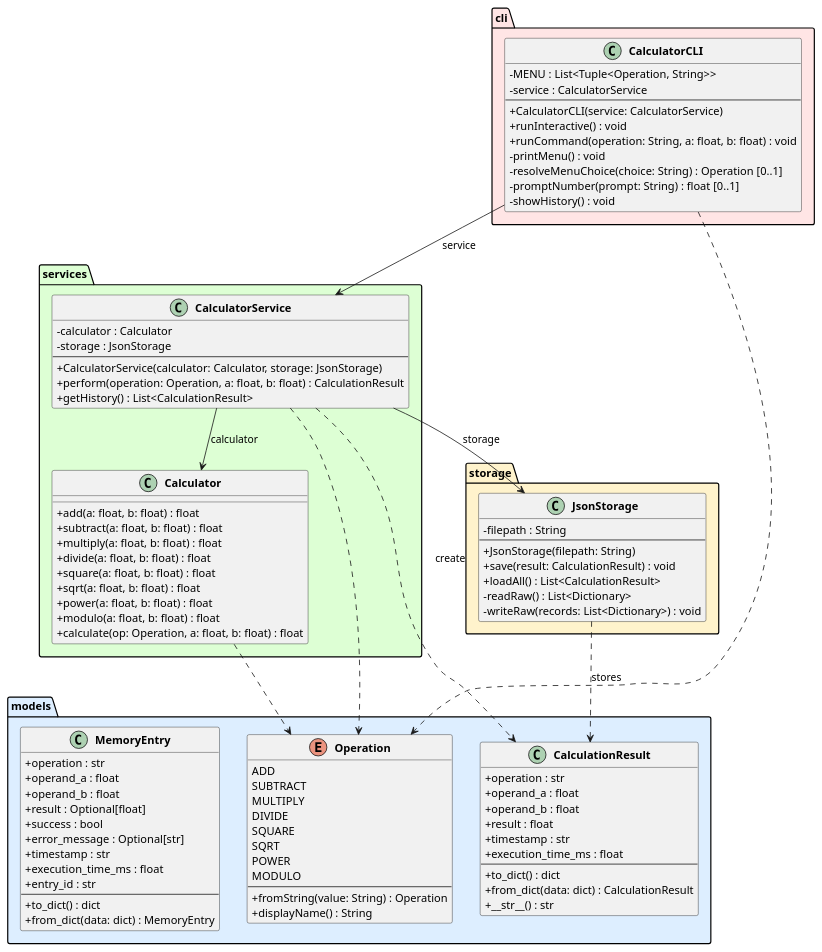
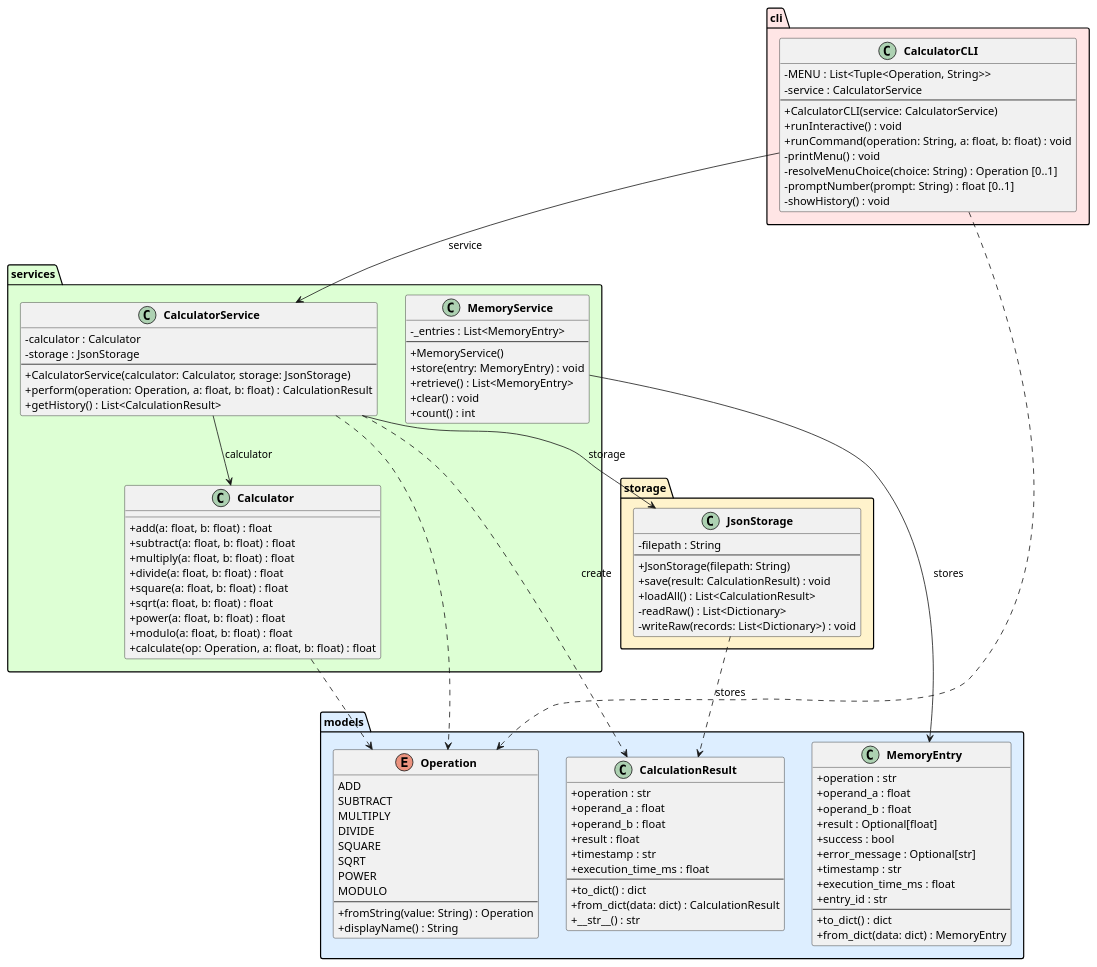
Before and after one commit to DanielRiha8906/Software_autoevolution_using_agents: the diagram in experiments/broadcast/user_stories/calculator/artifacts/class_diagram.puml, drawn with PlantUML. The commit also changed 1 other file, not shown here.

```diff
--- a/experiments/broadcast/user_stories/calculator/artifacts/class_diagram.puml
+++ b/experiments/broadcast/user_stories/calculator/artifacts/class_diagram.puml
@@ -1,110 +1,121 @@
 @startuml class_diagram
 
 skinparam classAttributeIconSize 0
 skinparam classFontStyle bold
 
 package "models" #DDEEFF {
     enum Operation {
         ADD
         SUBTRACT
         MULTIPLY
         DIVIDE
         SQUARE
         SQRT
         POWER
         MODULO
         --
         +fromString(value: String) : Operation
         +displayName() : String
     }
 
     class CalculationResult {
         +operation : str
         +operand_a : float
         +operand_b : float
         +result : float
         +timestamp : str
         +execution_time_ms : float
         --
         +to_dict() : dict
         +from_dict(data: dict) : CalculationResult
         +__str__() : str
     }
 
     class MemoryEntry {
         +operation : str
         +operand_a : float
         +operand_b : float
         +result : Optional[float]
         +success : bool
         +error_message : Optional[str]
         +timestamp : str
         +execution_time_ms : float
         +entry_id : str
         --
         +to_dict() : dict
         +from_dict(data: dict) : MemoryEntry
     }
 }
 
 package "services" #DDFFD4 {
     class Calculator {
         +add(a: float, b: float) : float
         +subtract(a: float, b: float) : float
         +multiply(a: float, b: float) : float
         +divide(a: float, b: float) : float
         +square(a: float, b: float) : float
         +sqrt(a: float, b: float) : float
         +power(a: float, b: float) : float
         +modulo(a: float, b: float) : float
         +calculate(op: Operation, a: float, b: float) : float
     }
 
     class CalculatorService {
         -calculator : Calculator
         -storage : JsonStorage
         --
         +CalculatorService(calculator: Calculator, storage: JsonStorage)
         +perform(operation: Operation, a: float, b: float) : CalculationResult
         +getHistory() : List<CalculationResult>
     }
+
+    class MemoryService {
+        -_entries : List<MemoryEntry>
+        --
+        +MemoryService()
+        +store(entry: MemoryEntry) : void
+        +retrieve() : List<MemoryEntry>
+        +clear() : void
+        +count() : int
+    }
 }
 
 package "storage" #FFF3CC {
     class JsonStorage {
         -filepath : String
         --
         +JsonStorage(filepath: String)
         +save(result: CalculationResult) : void
         +loadAll() : List<CalculationResult>
         -readRaw() : List<Dictionary>
         -writeRaw(records: List<Dictionary>) : void
     }
 }
 
 package "cli" #FFE5E5 {
     class CalculatorCLI {
         -MENU : List<Tuple<Operation, String>>
         -service : CalculatorService
         --
         +CalculatorCLI(service: CalculatorService)
         +runInteractive() : void
         +runCommand(operation: String, a: float, b: float) : void
         -printMenu() : void
         -resolveMenuChoice(choice: String) : Operation [0..1]
         -promptNumber(prompt: String) : float [0..1]
         -showHistory() : void
     }
 }
 
 CalculatorCLI --> CalculatorService : service
 CalculatorService --> Calculator : calculator
 CalculatorService --> JsonStorage : storage
 
 CalculatorService ..> CalculationResult : create
 CalculatorService ..> Operation
 CalculatorCLI ..> Operation
 Calculator ..> Operation
 JsonStorage ..> CalculationResult : stores
+MemoryService --> MemoryEntry : stores
 
 @enduml
```
